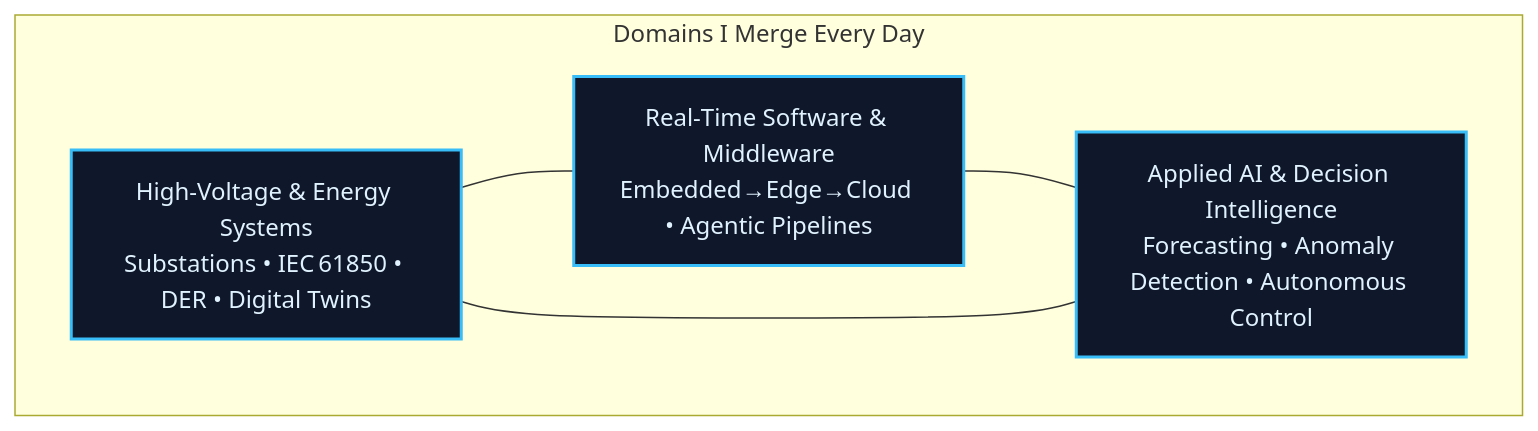
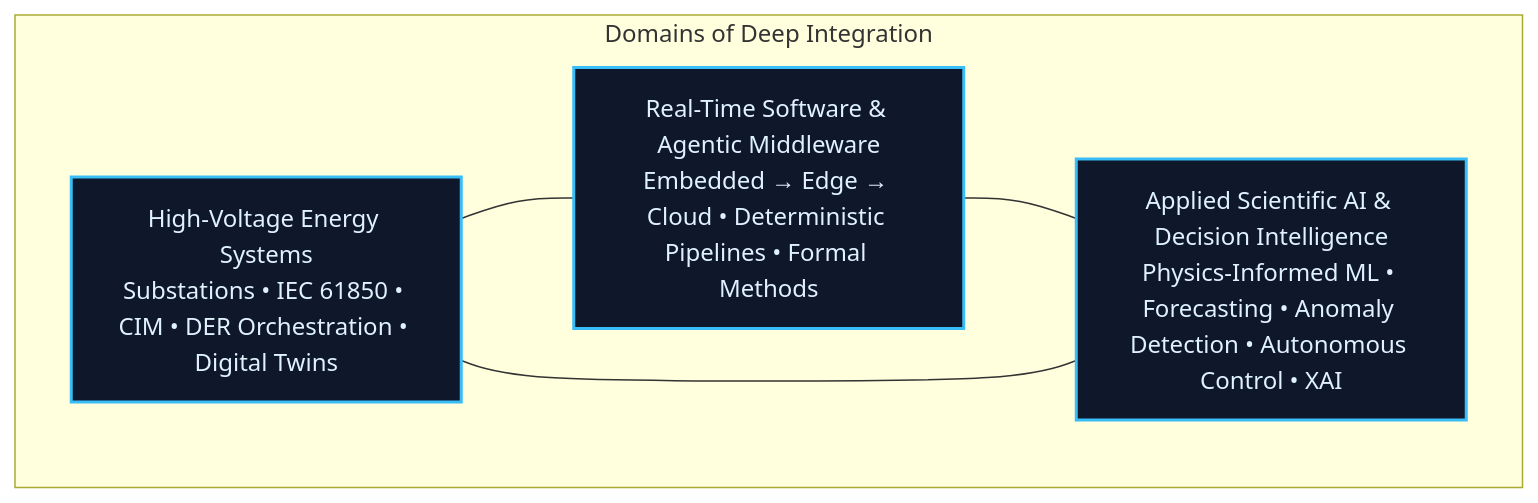
Before and after one commit to iceccarelli/iceccarelli: the diagram in README.md, drawn with Mermaid. The commit also changed other lines of this file, not shown here.

````diff
--- a/README.md
+++ b/README.md
@@ -73,16 +80,14 @@
 ```mermaid
 graph TD
-    subgraph "Domains I Merge Every Day"
-        A[High‑Voltage & Energy Systems<br/>Substations • IEC 61850 • DER • Digital Twins]
-        B[Real‑Time Software & Middleware<br/>Embedded→Edge→Cloud • Agentic Pipelines]
-        C[Applied AI & Decision Intelligence<br/>Forecasting • Anomaly Detection • Autonomous Control]
+    subgraph "Domains of Deep Integration"
+        A[High-Voltage Energy Systems<br/>Substations • IEC 61850 • CIM • DER Orchestration • Digital Twins]
+        B[Real-Time Software & Agentic Middleware<br/>Embedded → Edge → Cloud • Deterministic Pipelines • Formal Methods]
+        C[Applied Scientific AI & Decision Intelligence<br/>Physics-Informed ML • Forecasting • Anomaly Detection • Autonomous Control • XAI]
     end
-
     A --- B
     B --- C
     A --- C
-
     style A fill:#0f172a,stroke:#38bdf8,stroke-width:2px,color:#e0f2fe
     style B fill:#0f172a,stroke:#38bdf8,stroke-width:2px,color:#e0f2fe
     style C fill:#0f172a,stroke:#38bdf8,stroke-width:2px,color:#e0f2fe
 ```
````
